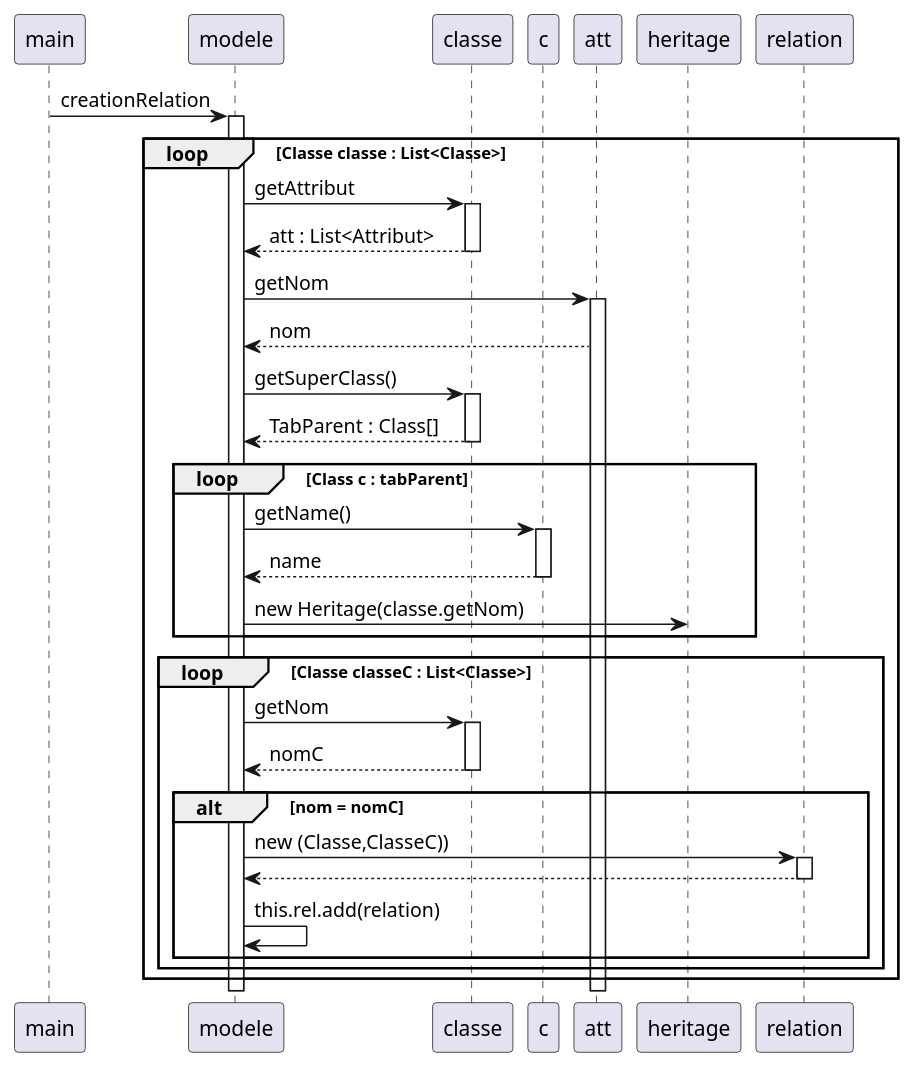
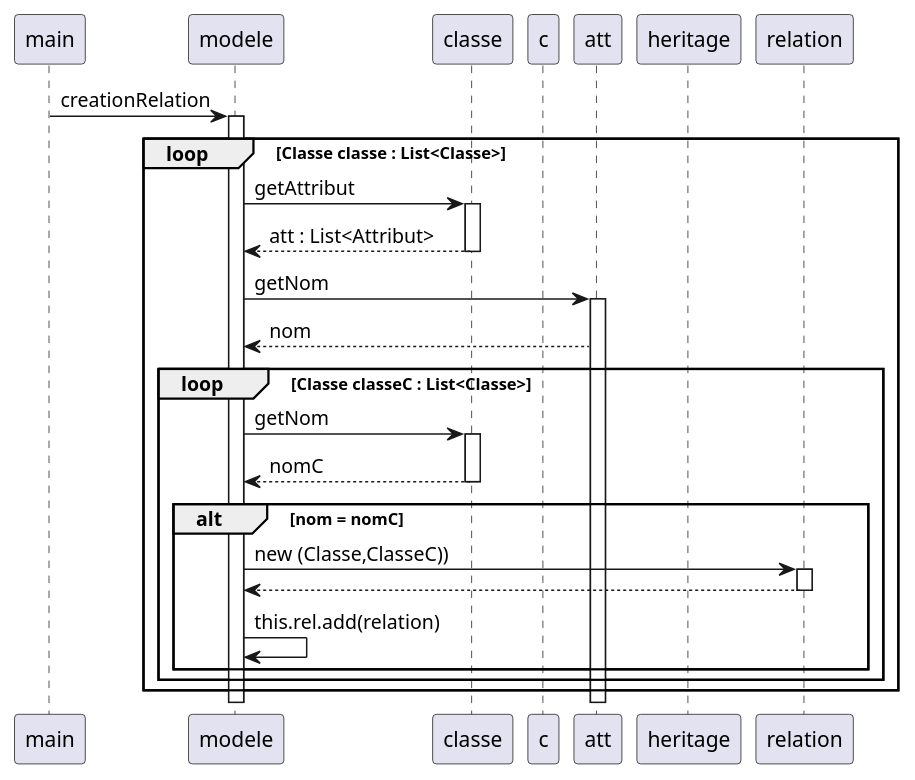
One commit to Cedran-Bastien/GENERATION-AUTOMATIQUE-DE-DIAGRAMME-DE-CLASSES changed the diagram in demo/Conception/Sprint_1/Sequ_CreationRelation.puml. Above: the diagram before and after it, drawn with PlantUML. The commit also changed 3 other files, not shown here.

```diff
--- a/demo/Conception/Sprint_1/Sequ_CreationRelation.puml
+++ b/demo/Conception/Sprint_1/Sequ_CreationRelation.puml
@@ -1,57 +1,45 @@
 @startuml
 'https://plantuml.com/sequence-diagram
 
 participant main
 participant modele
 participant classe
 participant c
 participant att
 participant heritage
 participant relation
 
 
 
 
 main ->modele : creationRelation
 activate modele
 
 loop Classe classe : List<Classe>
 
 modele -> classe : getAttribut
 activate classe
 classe --> modele : att : List<Attribut>
 deactivate classe
 modele -> att : getNom
 activate att
 att -->modele : nom
-modele -> classe : getSuperClass()
-activate classe
-classe --> modele : TabParent : Class[]
-deactivate classe
-
-loop Class c : tabParent
-modele -> c : getName()
-activate c
-c-->modele : name
-deactivate c
-modele->heritage : new Heritage(classe.getNom)
-end
 
 loop Classe classeC : List<Classe>
 modele->classe : getNom
 activate classe
 classe --> modele : nomC
 deactivate classe
 
 alt nom = nomC
 modele->relation : new (Classe,ClasseC))
 activate relation
 relation-->modele
 deactivate relation
 modele->modele: this.rel.add(relation)
 end
 
 end
 
 end
 @enduml
```
